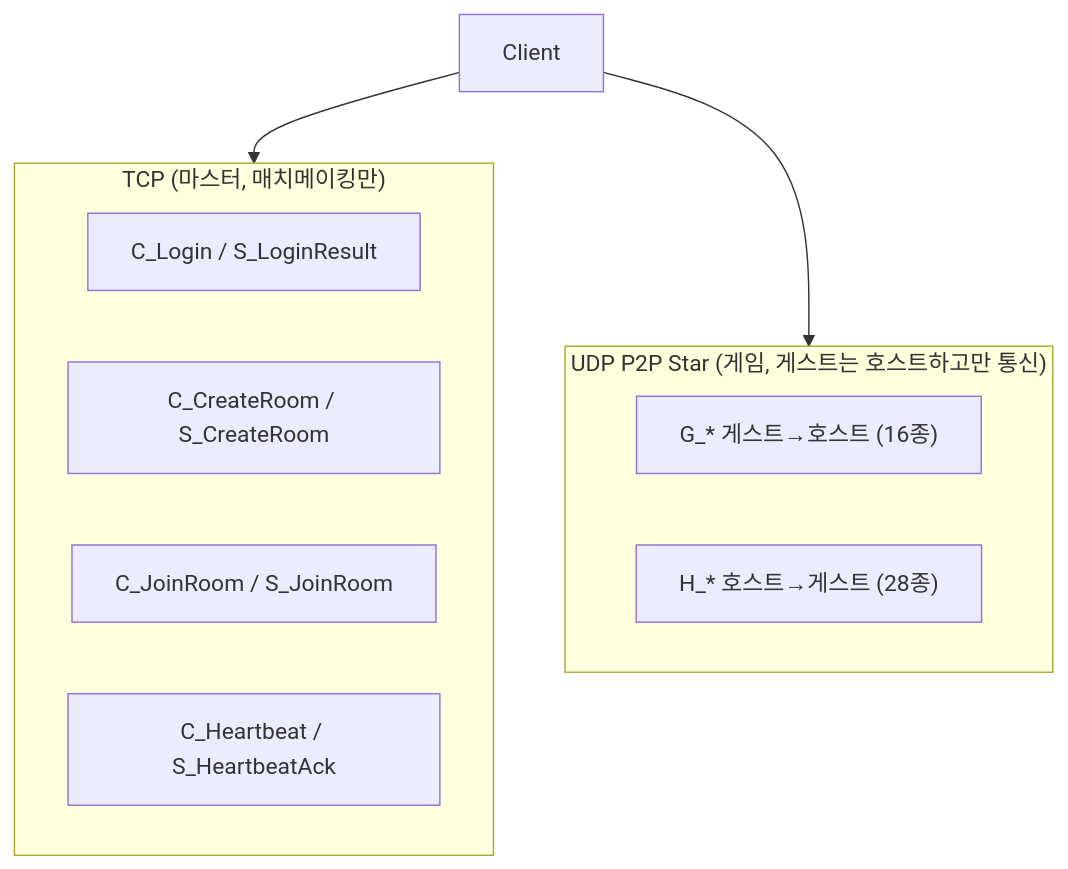
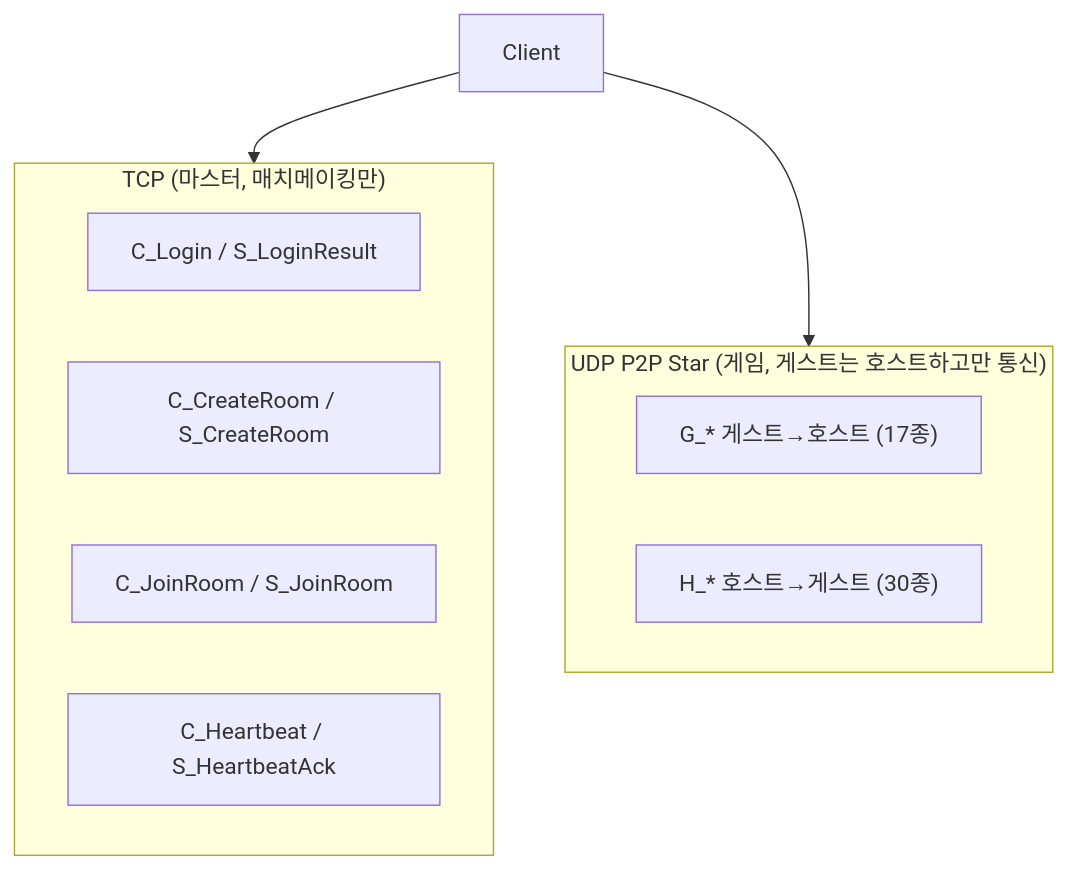
One commit to ksjgusdh123/PocoPoachers changed the diagram in Docs/development/network-packets.md. Above: the diagram before and after it, drawn with Mermaid. The commit also changed other lines of this file and 37 other files, not shown here.

````diff
--- a/Docs/development/network-packets.md
+++ b/Docs/development/network-packets.md
@@ -12,17 +12,17 @@
 ```mermaid
 flowchart TB
     subgraph TCP["TCP (마스터, 매치메이킹만)"]
         Login[C_Login / S_LoginResult]
         Room[C_CreateRoom / S_CreateRoom]
         Join[C_JoinRoom / S_JoinRoom]
         HB[C_Heartbeat / S_HeartbeatAck]
     end
 
     subgraph UDP["UDP P2P Star (게임, 게스트는 호스트하고만 통신)"]
-        G["G_* 게스트→호스트 (16종)"]
-        H["H_* 호스트→게스트 (28종)"]
+        G["G_* 게스트→호스트 (17종)"]
+        H["H_* 호스트→게스트 (30종)"]
     end
 
     Client --> TCP
     Client --> UDP
 ```
````
